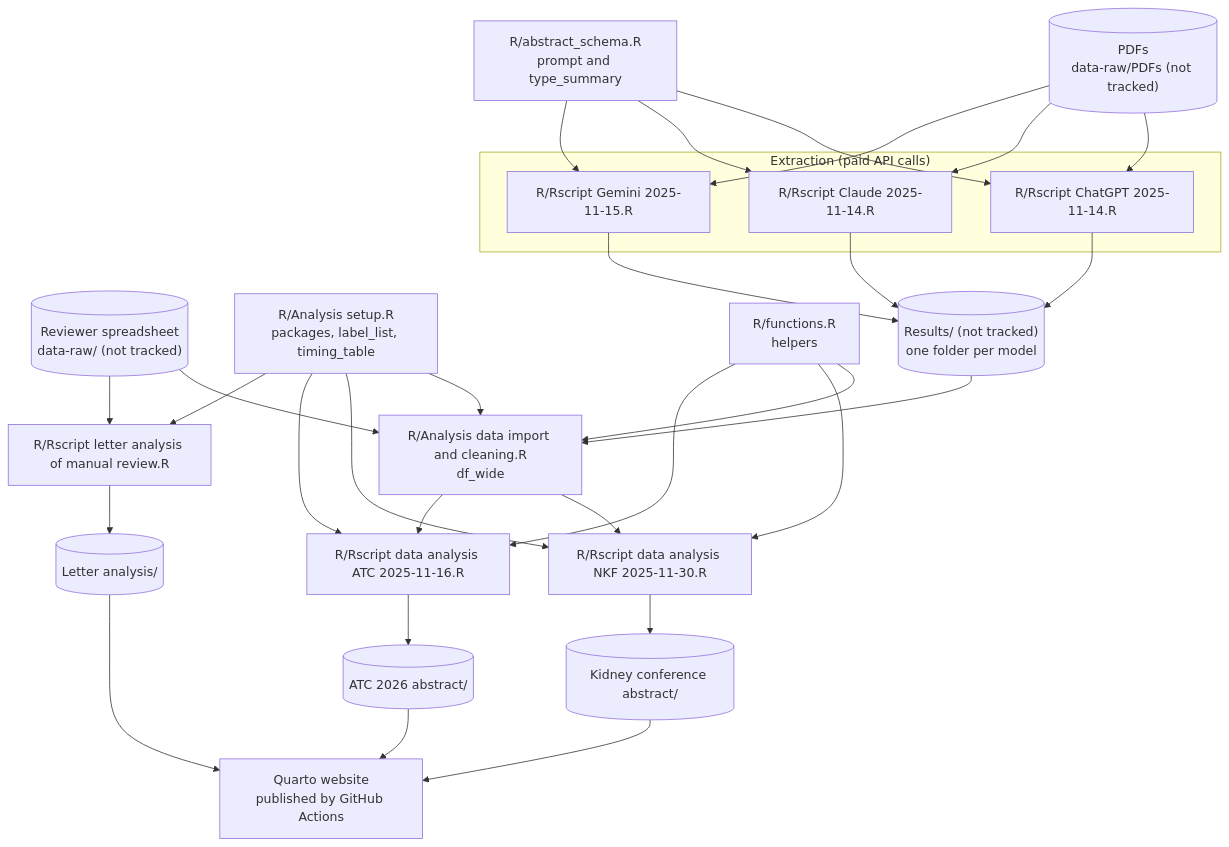
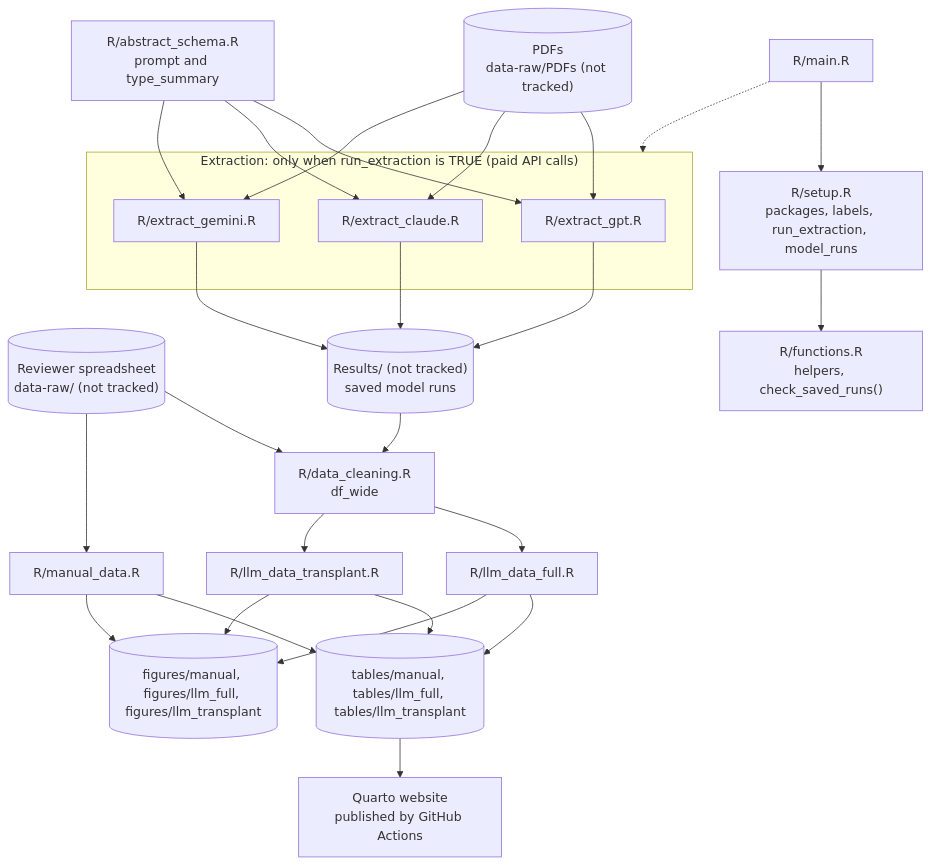
Before and after one commit to VagishHemmige/USRDS-PDF-analysis-project: the diagram in ARCHITECTURE.md, drawn with Mermaid. The commit also changed other lines of this file and 69 other files, not shown here.

First line of the commit message:
Restructure: main.R, saved model runs, script names and output folders

````diff
--- a/ARCHITECTURE.md
+++ b/ARCHITECTURE.md
@@ -13,39 +13,36 @@
 ```mermaid
 flowchart TD
+    MAIN["R/main.R"]
     PDF[("PDFs<br/>data-raw/PDFs (not tracked)")]
     XLSX[("Reviewer spreadsheet<br/>data-raw/ (not tracked)")]
     SCHEMA["R/abstract_schema.R<br/>prompt and type_summary"]
-    SETUP["R/Analysis setup.R<br/>packages, label_list, timing_table"]
-    FUN["R/functions.R<br/>helpers"]
+    SETUP["R/setup.R<br/>packages, labels, run_extraction, model_runs"]
+    FUN["R/functions.R<br/>helpers, check_saved_runs()"]
 
-    subgraph Extraction["Extraction (paid API calls)"]
-        GPT["R/Rscript ChatGPT 2025-11-14.R"]
-        CLA["R/Rscript Claude 2025-11-14.R"]
-        GEM["R/Rscript Gemini 2025-11-15.R"]
+    subgraph Extraction["Extraction: only when run_extraction is TRUE (paid API calls)"]
+        GPT["R/extract_gpt.R"]
+        CLA["R/extract_claude.R"]
+        GEM["R/extract_gemini.R"]
     end
 
-    RES[("Results/ (not tracked)<br/>one folder per model")]
-    IMP["R/Analysis data import and cleaning.R<br/>df_wide"]
-    NKF["R/Rscript data analysis NKF 2025-11-30.R"]
-    ATC["R/Rscript data analysis ATC 2025-11-16.R"]
-    LET["R/Rscript letter analysis of manual review.R"]
+    RES[("Results/ (not tracked)<br/>saved model runs")]
+    IMP["R/data_cleaning.R<br/>df_wide"]
+    LET["R/manual_data.R"]
+    KID["R/llm_data_full.R"]
+    ATC["R/llm_data_transplant.R"]
 
-    KCA[("Kidney conference abstract/")]
-    ATCF[("ATC 2026 abstract/")]
-    LETF[("Letter analysis/")]
+    TAB[("tables/manual, tables/llm_full, tables/llm_transplant")]
+    FIG[("figures/manual, figures/llm_full, figures/llm_transplant")]
     SITE["Quarto website<br/>published by GitHub Actions"]
 
+    MAIN --> SETUP --> FUN
+    MAIN -.-> Extraction
     PDF --> GPT & CLA & GEM
     SCHEMA --> GPT & CLA & GEM
     GPT & CLA & GEM --> RES
     RES --> IMP
-    XLSX --> IMP
-    XLSX --> LET
-    SETUP --> IMP & NKF & ATC & LET
-    FUN --> IMP & NKF & ATC
-    IMP --> NKF & ATC
-    NKF --> KCA
-    ATC --> ATCF
-    LET --> LETF
-    KCA & ATCF & LETF --> SITE
+    XLSX --> IMP & LET
+    IMP --> KID & ATC
+    LET & KID & ATC --> TAB & FIG
+    TAB --> SITE
 ```
````
